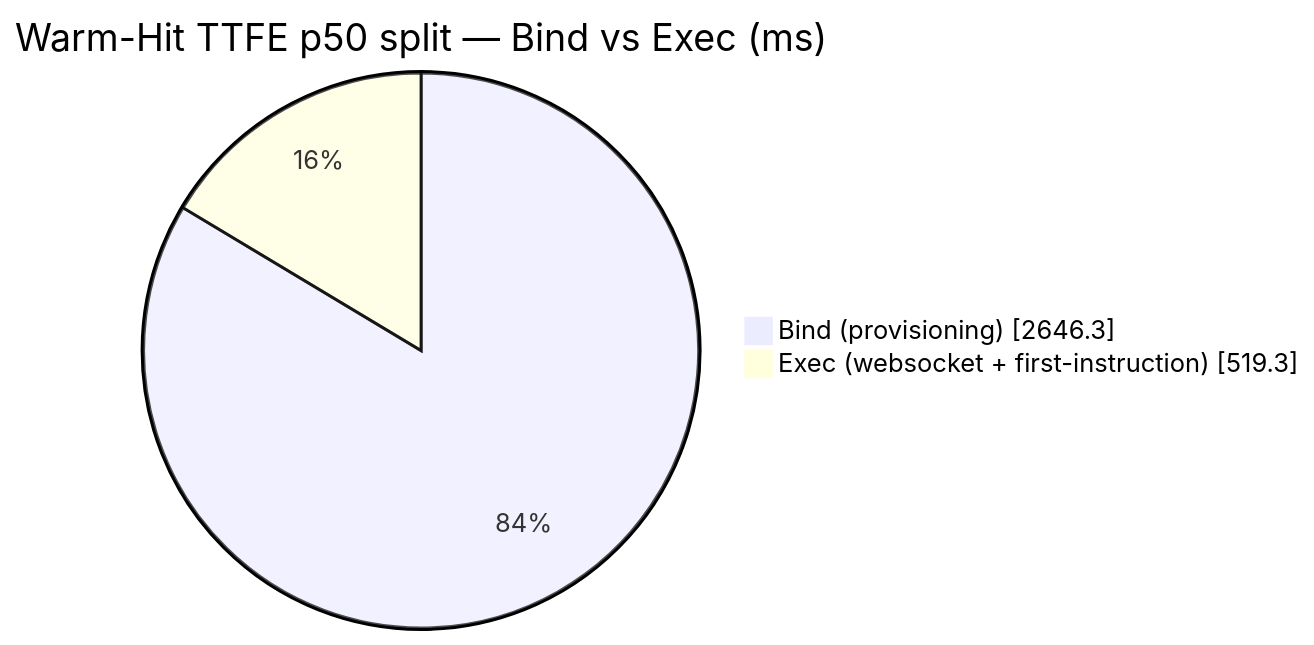
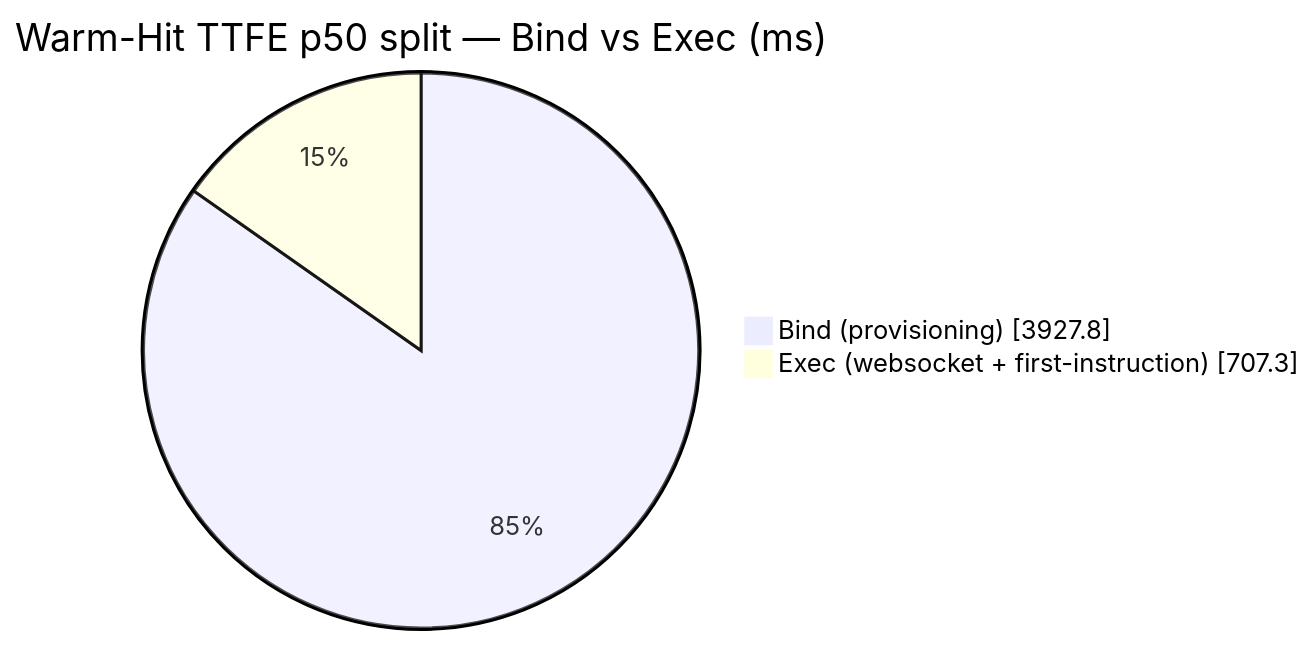
One commit to AlexBulankou/honest-bench changed the diagram in DETAILS.md. Above: the diagram before and after it, drawn with Mermaid. The commit also changed other lines of this file and 4 other files, not shown here.

````diff
--- a/DETAILS.md
+++ b/DETAILS.md
@@ -64,6 +64,6 @@
 ```mermaid
 pie showData
     title Warm-Hit TTFE p50 split — Bind vs Exec (ms)
-    "Bind (provisioning)" : 2646.3
-    "Exec (websocket + first-instruction)" : 519.3
+    "Bind (provisioning)" : 3927.8
+    "Exec (websocket + first-instruction)" : 707.3
 ```
````
